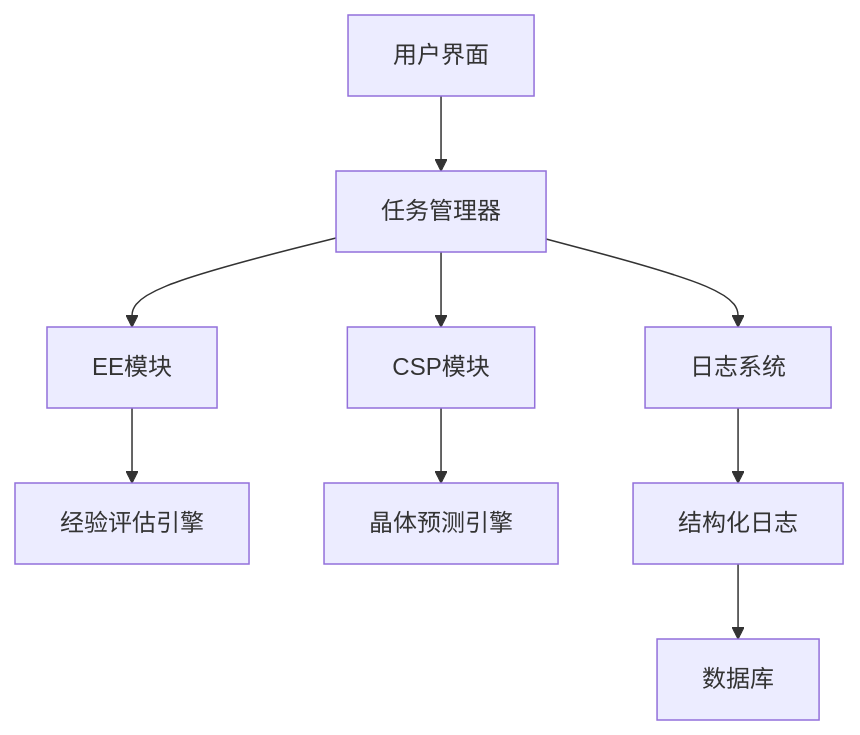
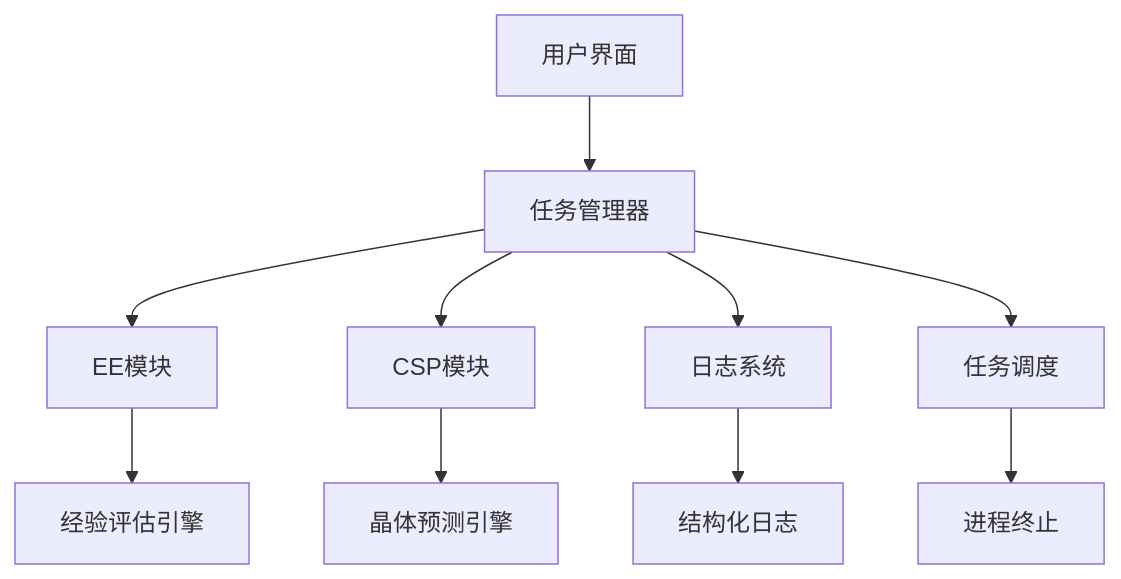
One commit to Bagabaga007/ion_CSP changed the first of 2 diagrams in README.md. Above: the diagram before and after it, drawn with Mermaid. The commit also changed other lines of this file and 14 other files, not shown here.

Commit message:
After machine learning potential optimization and structure filtering, CSV files were added to summarize the sequence number, density, and energy of the filtered structures, making it easier to visualize the interface.

````diff
--- a/README.md
+++ b/README.md
@@ -96,11 +77,12 @@
 ```mermaid
 graph TD
     A[用户界面] --> B[任务管理器]
     B --> C[EE模块]
     B --> D[CSP模块]
     B --> E[日志系统]
-    C --> F[经验评估引擎]
-    D --> G[晶体预测引擎]
-    E --> H[结构化日志]
-    H --> I[数据库]
+    B --> F[任务调度]
+    C --> G[经验评估引擎]
+    D --> H[晶体预测引擎]
+    E --> I[结构化日志]
+    F --> J[进程终止]
 ```
````
